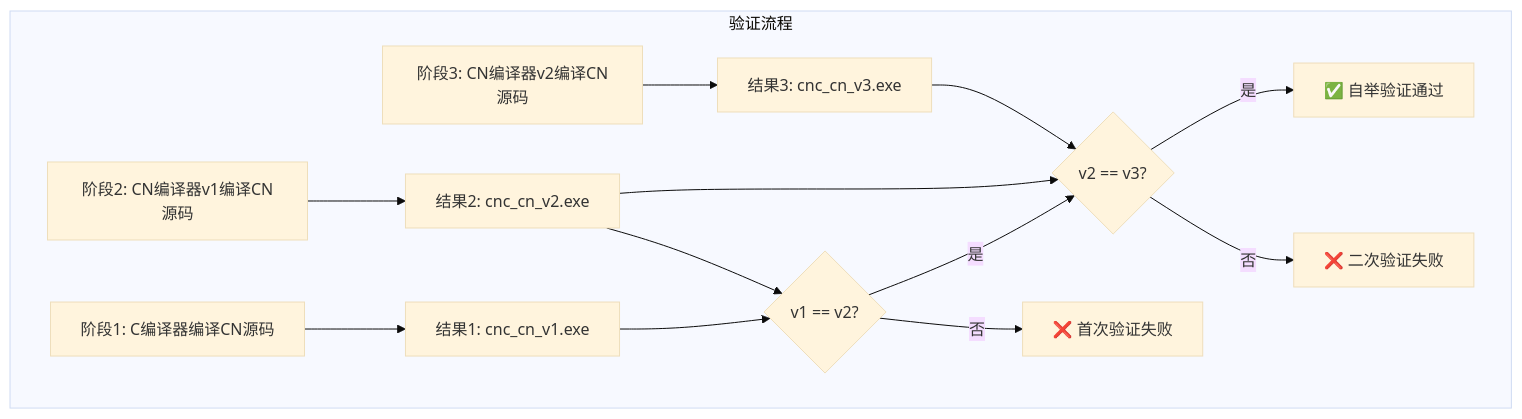
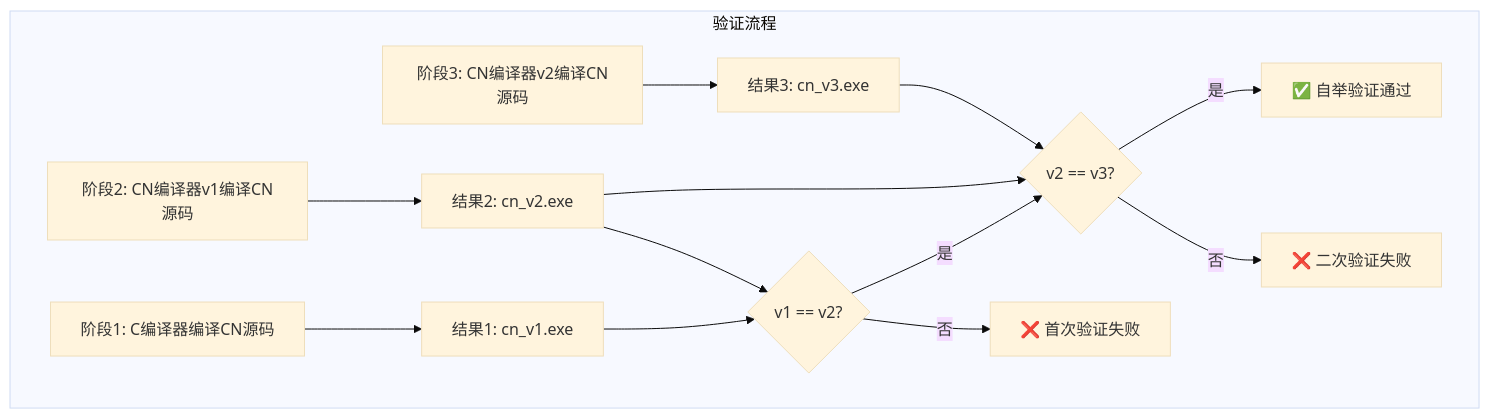
One commit to ChenChao-HuaiAn/CN_Language changed the sixth of 10 diagrams in plans/014 CN语言自托管编译器技术设计文档.md. Above: the diagram before and after it, drawn with Mermaid (base theme). The commit also changed other lines of this file and 11 other files, not shown here.

````diff
--- a/plans/014 CN语言自托管编译器技术设计文档.md
+++ b/plans/014 CN语言自托管编译器技术设计文档.md
@@ -834,21 +859,21 @@
 ```mermaid
 flowchart TB
     subgraph 验证流程
         V1[阶段1: C编译器编译CN源码]
         V2[阶段2: CN编译器v1编译CN源码]
         V3[阶段3: CN编译器v2编译CN源码]
         
-        V1 --> R1[结果1: cnc_cn_v1.exe]
-        V2 --> R2[结果2: cnc_cn_v2.exe]
-        V3 --> R3[结果3: cnc_cn_v3.exe]
+        V1 --> R1[结果1: cn_v1.exe]
+        V2 --> R2[结果2: cn_v2.exe]
+        V3 --> R3[结果3: cn_v3.exe]
         
         R1 --> C1{v1 == v2?}
         R2 --> C1
         C1 -->|是| C2{v2 == v3?}
         R2 --> C2
         R3 --> C2
         C2 -->|是| PASS[✅ 自举验证通过]
         C1 -->|否| FAIL1[❌ 首次验证失败]
         C2 -->|否| FAIL2[❌ 二次验证失败]
     end
 ```
````
